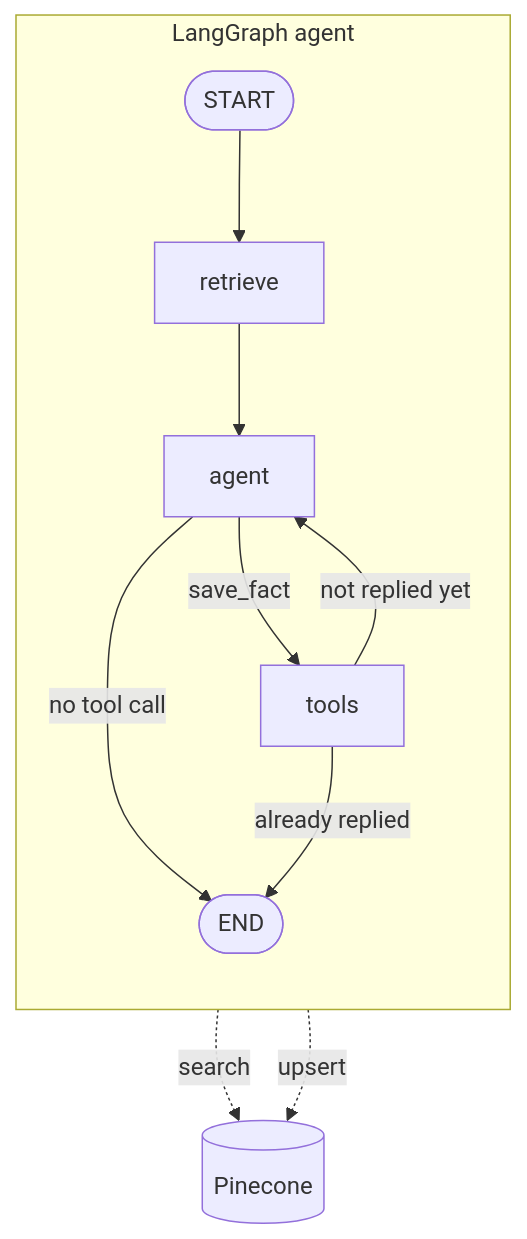
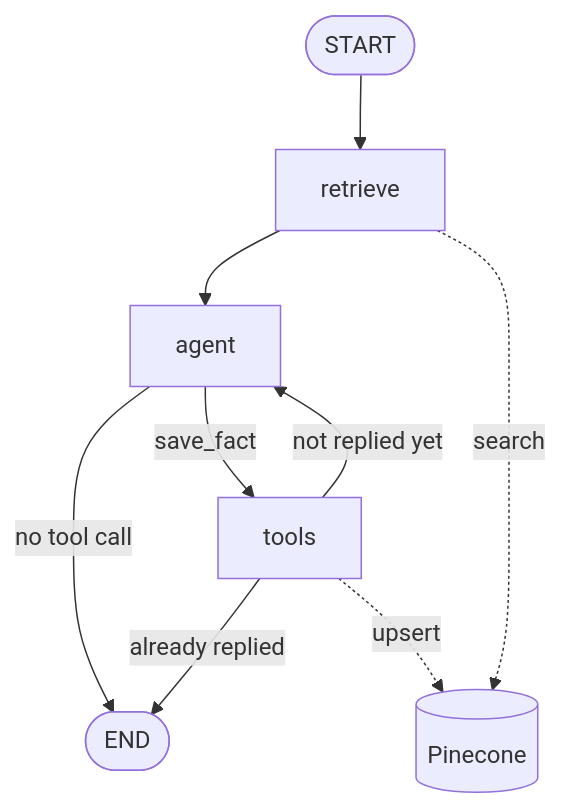
Before and after one commit to 01binary/vector: the diagram in README.md, drawn with Mermaid.

Commit message:
Clean up diagram

````diff
--- a/README.md
+++ b/README.md
@@ -7,14 +7,11 @@
 ```mermaid
 flowchart TB
-    subgraph langgraph [LangGraph agent]
-        direction TB
-        start([START]) --> retrieve
-        retrieve --> agent
-        agent -- save_fact --> tools
-        tools -- not replied yet --> agent
-        agent -- no tool call --> finish([END])
-        tools -- already replied --> finish
-    end
+    start([START]) --> retrieve
+    retrieve --> agent
+    agent -- no tool call --> finish([END])
+    agent -- save_fact --> tools
+    tools -- already replied --> finish
+    tools -- not replied yet --> agent
     retrieve -. search .-> pinecone[(Pinecone)]
     tools -. upsert .-> pinecone
 ```
````
